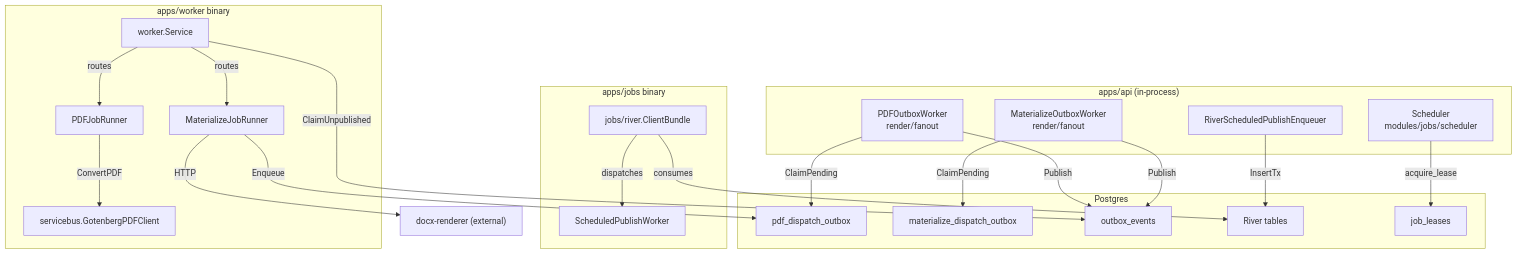
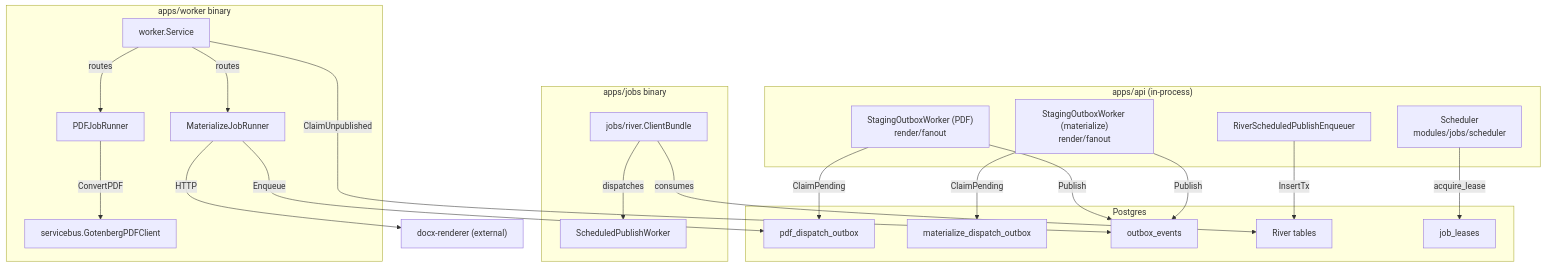
Before and after one commit to developmentconexus-ops/MetalDocs: the diagram in wiki/backend/platform/async-messaging.md, drawn with Mermaid. The commit also changed other lines of this file, not shown here.

First line of the commit message:
docs(wiki): sync async-messaging to StagingOutboxWorker consolidation

````diff
--- a/wiki/backend/platform/async-messaging.md
+++ b/wiki/backend/platform/async-messaging.md
@@ -123,47 +123,47 @@
 ```mermaid
 graph TD
     subgraph API["apps/api (in-process)"]
-        PDFRelay["PDFOutboxWorker<br/>render/fanout"]
-        MatRelay["MaterializeOutboxWorker<br/>render/fanout"]
+        PDFRelay["StagingOutboxWorker (PDF)<br/>render/fanout"]
+        MatRelay["StagingOutboxWorker (materialize)<br/>render/fanout"]
         Scheduler["Scheduler<br/>modules/jobs/scheduler"]
         RiverEnq["RiverScheduledPublishEnqueuer"]
     end
 
     subgraph WorkerBin["apps/worker binary"]
         WrkSvc["worker.Service"]
         PDFRunner["PDFJobRunner"]
         MatRunner["MaterializeJobRunner"]
         Gotenberg["servicebus.GotenbergPDFClient"]
     end
 
     subgraph JobsBin["apps/jobs binary"]
         RiverClient["jobs/river.ClientBundle"]
         SPWorker["ScheduledPublishWorker"]
     end
 
     subgraph PG["Postgres"]
         PDFDispatchOutbox["pdf_dispatch_outbox"]
         MatDispatchOutbox["materialize_dispatch_outbox"]
         OutboxEvents["outbox_events"]
         RiverTables["River tables"]
         JobLeases["job_leases"]
     end
 
     PDFRelay -- ClaimPending --> PDFDispatchOutbox
     PDFRelay -- Publish --> OutboxEvents
     MatRelay -- ClaimPending --> MatDispatchOutbox
     MatRelay -- Publish --> OutboxEvents
 
     WrkSvc -- ClaimUnpublished --> OutboxEvents
     WrkSvc -- routes --> PDFRunner
     WrkSvc -- routes --> MatRunner
     PDFRunner -- ConvertPDF --> Gotenberg
     MatRunner -- HTTP --> DocxRenderer["docx-renderer (external)"]
     MatRunner -- Enqueue --> PDFDispatchOutbox
 
     RiverEnq -- InsertTx --> RiverTables
     RiverClient -- consumes --> RiverTables
     RiverClient -- dispatches --> SPWorker
 
     Scheduler -- acquire_lease --> JobLeases
 ```
````
